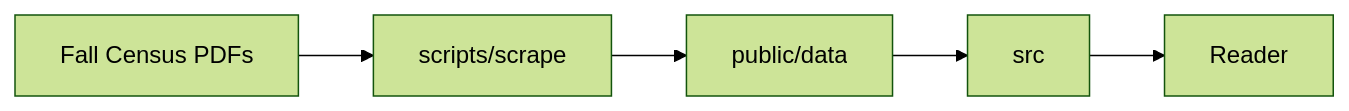
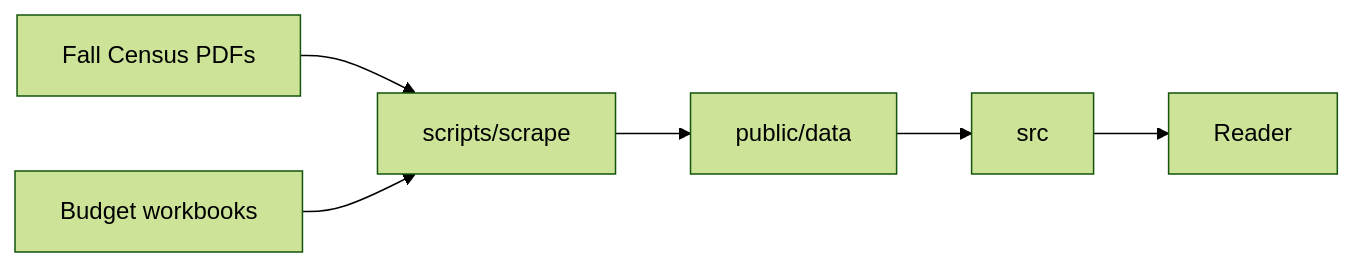
The diagram in ARCHITECTURE.md (uofinancials/uofinancials.github.io), drawn with Mermaid (forest theme) before and after one commit. The commit also changed other lines of this file and 26 other files, not shown here.

````diff
--- a/ARCHITECTURE.md
+++ b/ARCHITECTURE.md
@@ -23,7 +29,8 @@
 ```mermaid
 flowchart LR
   pdfs[Fall Census PDFs] --> scrape[scripts/scrape]
+  xlsx[Budget workbooks] --> scrape
   scrape --> json[public/data]
   json --> site[src]
   site --> reader[Reader]
 ```
````
